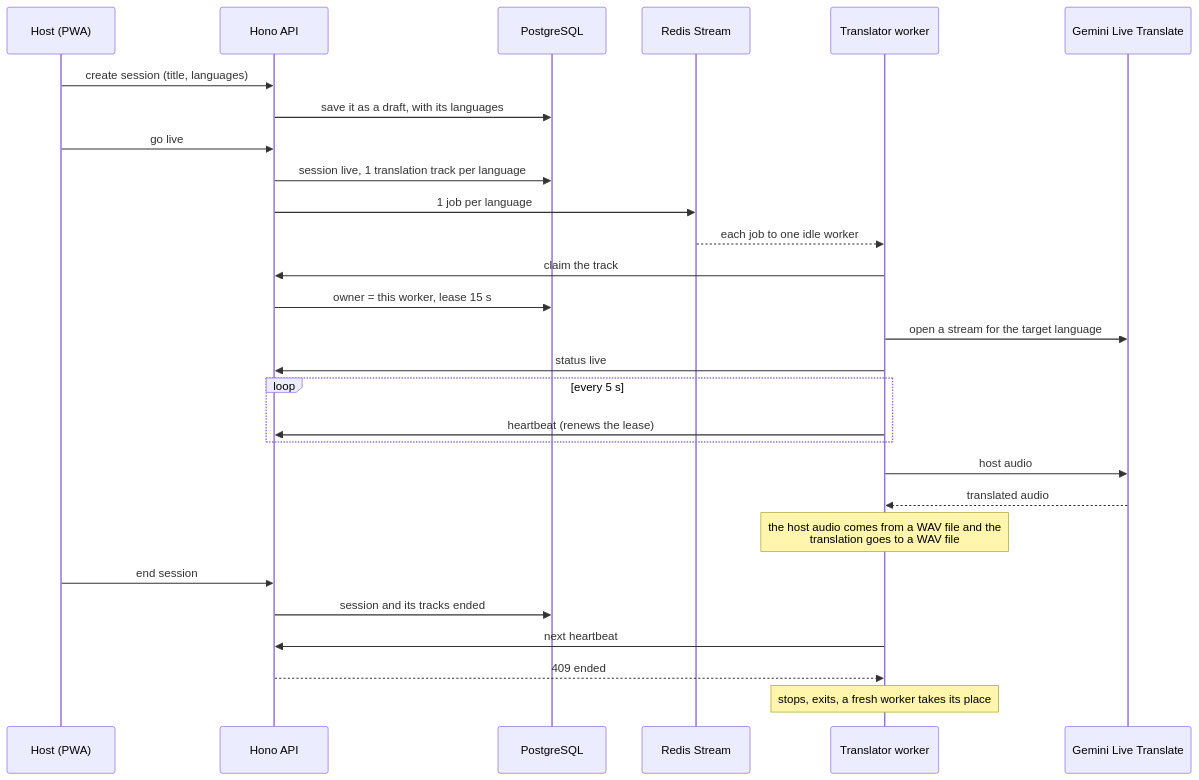
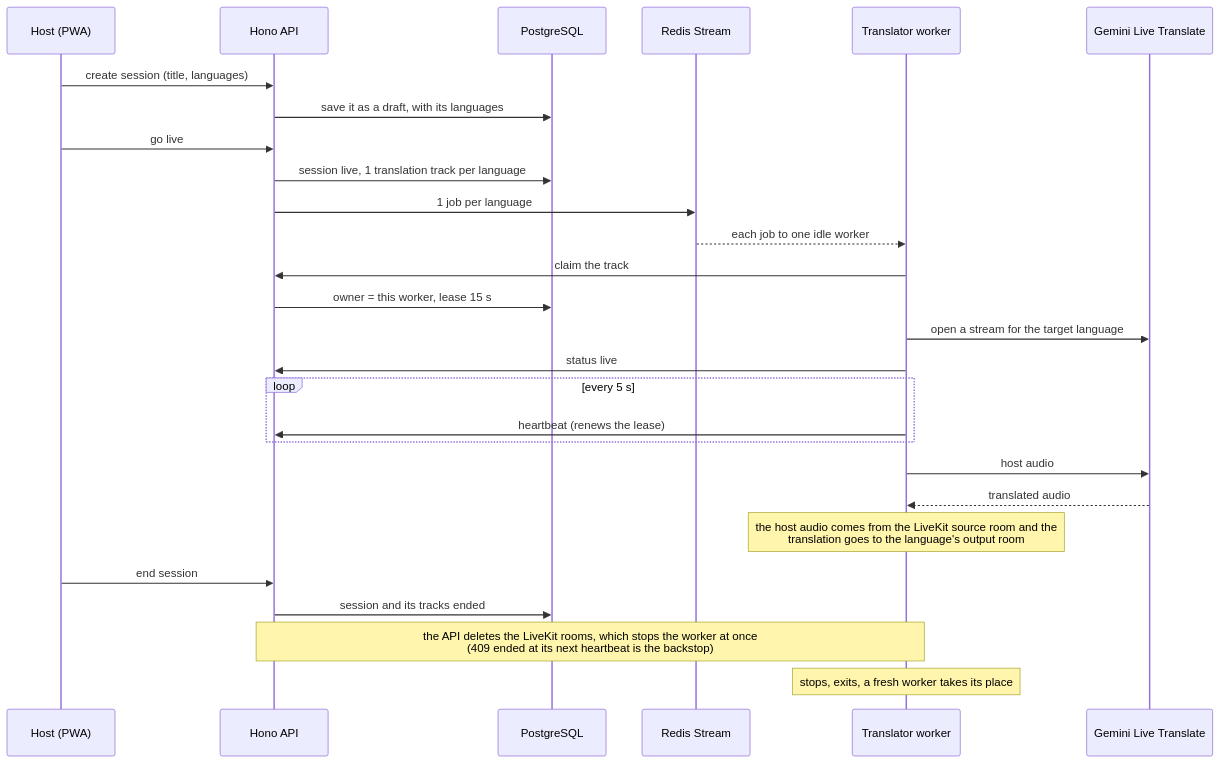
One commit to WH1TE-SHAD0W/ai-dubbing-studio changed the second of 5 diagrams in docs/architecture.md. Above: the diagram before and after it, drawn with Mermaid. The commit also changed other lines of this file and 6 other files, not shown here.

First line of the commit message:
docs: running and testing the workers goes through LiveKit (YGP-70)

````diff
--- a/docs/architecture.md
+++ b/docs/architecture.md
@@ -66,30 +68,29 @@
 ```mermaid
 sequenceDiagram
   participant H as Host (PWA)
   participant A as Hono API
   participant D as PostgreSQL
   participant R as Redis Stream
   participant W as Translator worker
   participant G as Gemini Live Translate
   H->>A: create session (title, languages)
   A->>D: save it as a draft, with its languages
   H->>A: go live
   A->>D: session live, 1 translation track per language
   A->>R: 1 job per language
   R-->>W: each job to one idle worker
   W->>A: claim the track
   A->>D: owner = this worker, lease 15 s
   W->>G: open a stream for the target language
   W->>A: status live
   loop every 5 s
     W->>A: heartbeat (renews the lease)
   end
   W->>G: host audio
   G-->>W: translated audio
-  Note over W: the host audio comes from a WAV file and the<br/>translation goes to a WAV file
+  Note over W: the host audio comes from the LiveKit source room and the<br/>translation goes to the language's output room
   H->>A: end session
   A->>D: session and its tracks ended
-  W->>A: next heartbeat
-  A-->>W: 409 ended
+  Note over A,W: the API deletes the LiveKit rooms, which stops the worker at once<br/>(409 ended at its next heartbeat is the backstop)
   Note over W: stops, exits, a fresh worker takes its place
 ```
````
